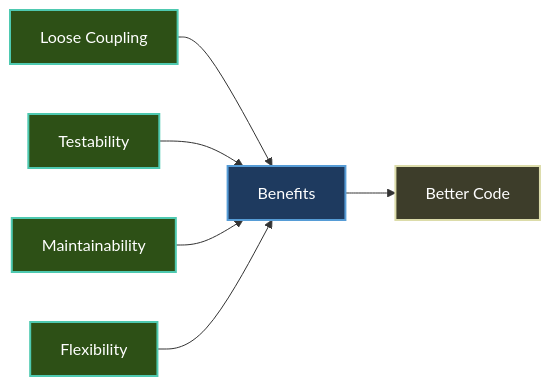
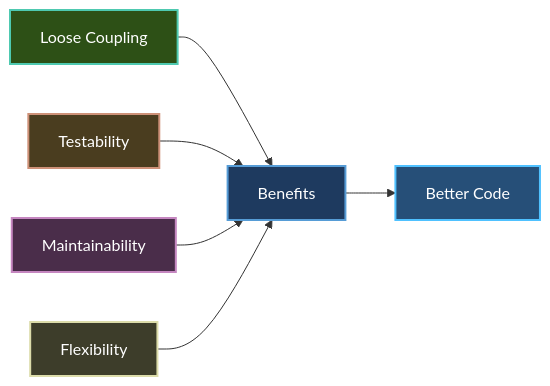
One commit to CrazyPickleStudios/Brine2D-Documentation changed the first of 2 diagrams in docs/concepts/dependency-injection.md. Above: the diagram before and after it, drawn with Mermaid. The commit also changed other lines of this file and 17 other files, not shown here.

````diff
--- a/docs/concepts/dependency-injection.md
+++ b/docs/concepts/dependency-injection.md
@@ -12,15 +12,15 @@
 ```mermaid
 graph LR
     A["Loose Coupling"] --> D["Benefits"]
     B["Testability"] --> D
     C["Maintainability"] --> D
     E["Flexibility"] --> D
     D --> F["Better Code"]
 
     style A fill:#2d5016,stroke:#4ec9b0,stroke-width:2px,color:#fff
-style B fill:#2d5016,stroke:#4ec9b0,stroke-width:2px,color:#fff
-style C fill:#2d5016,stroke:#4ec9b0,stroke-width:2px,color:#fff
-style E fill:#2d5016,stroke:#4ec9b0,stroke-width:2px,color:#fff
-style D fill:#1e3a5f,stroke:#569cd6,stroke-width:2px,color:#fff
-style F fill:#3d3d2a,stroke:#dcdcaa,stroke-width:2px,color:#fff
+    style B fill:#4a3d1f,stroke:#ce9178,stroke-width:2px,color:#fff
+    style C fill:#4a2d4a,stroke:#c586c0,stroke-width:2px,color:#fff
+    style E fill:#3d3d2a,stroke:#dcdcaa,stroke-width:2px,color:#fff
+    style D fill:#1e3a5f,stroke:#569cd6,stroke-width:2px,color:#fff
+    style F fill:#264f78,stroke:#4fc1ff,stroke-width:2px,color:#fff
 ```
````
